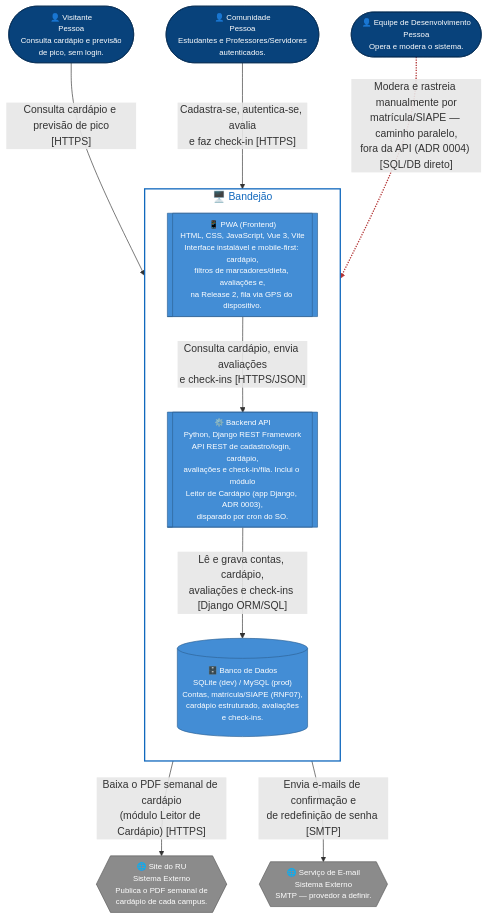
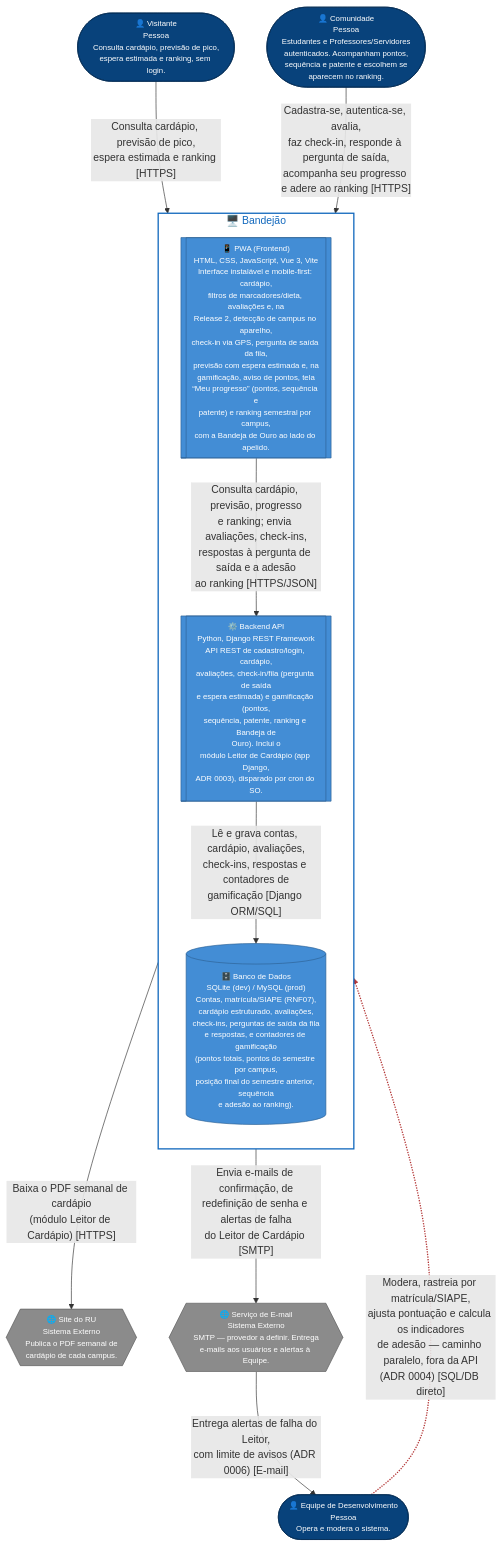
The second of 2 diagrams in docs/arquitetura/c4-niveis-1-2.md (unb-mds/2026-2-Bandejao-UnB), drawn with Mermaid before and after one commit. The commit also changed other lines of this file, not shown here.

Commit message:
docs(arquitetura): atualiza niveis 1 e 2 do C4 com gamificação, ranking semestral e Bandeja de Ouro

```diff
--- a/docs/arquitetura/c4-niveis-1-2.md
+++ b/docs/arquitetura/c4-niveis-1-2.md
@@ -112,12 +148,14 @@
 flowchart TB
   visitante(["👤 Visitante
 Pessoa
-Consulta cardápio e previsão
-de pico, sem login."])
+Consulta cardápio, previsão de pico,
+espera estimada e ranking, sem login."])
   comunidade(["👤 Comunidade
 Pessoa
 Estudantes e Professores/Servidores
-autenticados."])
+autenticados. Acompanham pontos,
+sequência e patente e escolhem se
+aparecem no ranking."])
   equipe(["👤 Equipe de Desenvolvimento
 Pessoa
 Opera e modera o sistema."])
@@ -128,43 +166,65 @@
 cardápio de cada campus."}}
   email_svc{{"🌐 Serviço de E-mail
 Sistema Externo
-SMTP — provedor a definir."}}
+SMTP — provedor a definir. Entrega
+e-mails aos usuários e alertas à Equipe."}}
 
   subgraph bandejao["🖥️ Bandejão"]
     direction TB
     pwa[["📱 PWA (Frontend)
 HTML, CSS, JavaScript, Vue 3, Vite
 Interface instalável e mobile-first: cardápio,
-filtros de marcadores/dieta, avaliações e,
-na Release 2, fila via GPS do dispositivo."]]
+filtros de marcadores/dieta, avaliações e, na
+Release 2, detecção de campus no aparelho,
+check-in via GPS, pergunta de saída da fila,
+previsão com espera estimada e, na
+gamificação, aviso de pontos, tela
+“Meu progresso” (pontos, sequência e
+patente) e ranking semestral por campus,
+com a Bandeja de Ouro ao lado do apelido."]]
     backend[["⚙️ Backend API
 Python, Django REST Framework
 API REST de cadastro/login, cardápio,
-avaliações e check-in/fila. Inclui o módulo
-Leitor de Cardápio (app Django, ADR 0003),
-disparado por cron do SO."]]
+avaliações, check-in/fila (pergunta de saída
+e espera estimada) e gamificação (pontos,
+sequência, patente, ranking e Bandeja de
+Ouro). Inclui o
+módulo Leitor de Cardápio (app Django,
+ADR 0003), disparado por cron do SO."]]
     db[("🗄️ Banco de Dados
 SQLite (dev) / MySQL (prod)
 Contas, matrícula/SIAPE (RNF07),
-cardápio estruturado, avaliações
-e check-ins.")]
+cardápio estruturado, avaliações,
+check-ins, perguntas de saída da fila
+e respostas, e contadores de gamificação
+(pontos totais, pontos do semestre por campus,
+posição final do semestre anterior, sequência
+e adesão ao ranking).")]
   end
 
-  visitante -->|"Consulta cardápio e previsão de pico
-[HTTPS]"| pwa
-  comunidade -->|"Cadastra-se, autentica-se, avalia
-e faz check-in [HTTPS]"| pwa
-  pwa -->|"Consulta cardápio, envia avaliações
-e check-ins [HTTPS/JSON]"| backend
-  backend -->|"Lê e grava contas, cardápio,
-avaliações e check-ins [Django ORM/SQL]"| db
+  visitante -->|"Consulta cardápio, previsão de pico,
+espera estimada e ranking [HTTPS]"| pwa
+  comunidade -->|"Cadastra-se, autentica-se, avalia,
+faz check-in, responde à pergunta de saída,
+acompanha seu progresso e adere ao ranking [HTTPS]"| pwa
+  pwa -->|"Consulta cardápio, previsão, progresso
+e ranking; envia avaliações, check-ins,
+respostas à pergunta de saída e a adesão
+ao ranking [HTTPS/JSON]"| backend
+  backend -->|"Lê e grava contas, cardápio, avaliações,
+check-ins, respostas e contadores de
+gamificação [Django ORM/SQL]"| db
   backend -->|"Baixa o PDF semanal de cardápio
 (módulo Leitor de Cardápio) [HTTPS]"| site_ru
-  backend -->|"Envia e-mails de confirmação e
-de redefinição de senha [SMTP]"| email_svc
-  equipe -.->|"Modera e rastreia manualmente por
-matrícula/SIAPE — caminho paralelo,
-fora da API (ADR 0004) [SQL/DB direto]"| db
+  backend -->|"Envia e-mails de confirmação, de
+redefinição de senha e alertas de falha
+do Leitor de Cardápio [SMTP]"| email_svc
+  equipe -.->|"Modera, rastreia por matrícula/SIAPE,
+ajusta pontuação e calcula os indicadores
+de adesão — caminho paralelo, fora da API
+(ADR 0004) [SQL/DB direto]"| db
+  email_svc -->|"Entrega alertas de falha do Leitor,
+com limite de avisos (ADR 0006) [E-mail]"| equipe
 
   classDef person fill:#08427b,stroke:#052e56,color:#fff,font-size:12px
   classDef container fill:#438dd5,stroke:#2e6295,color:#fff,font-size:12px
```
